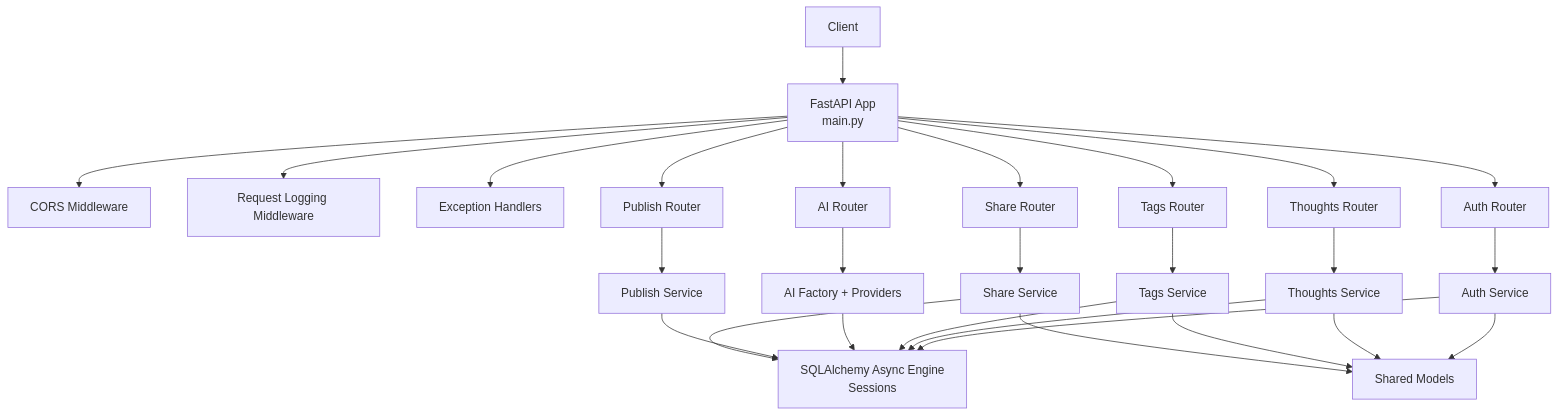
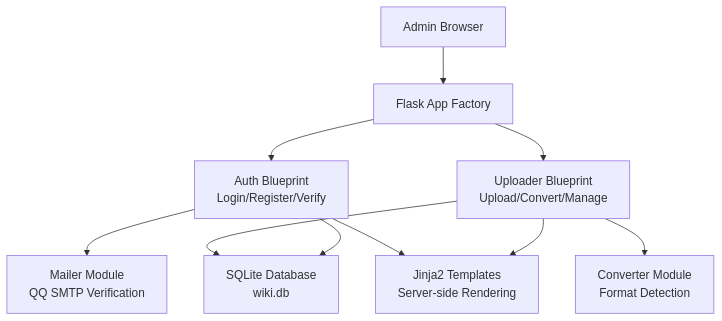
The second of 7 diagrams in .qoder/repowiki/en/content/Backend Application/Backend Application.md (PolarisW007/PolaZhenJing), drawn with Mermaid before and after one commit. The commit also changed other lines of this file and 153 other files, not shown here.

````diff
--- a/.qoder/repowiki/en/content/Backend Application/Backend Application.md
+++ b/.qoder/repowiki/en/content/Backend Application/Backend Application.md
@@ -118,48 +109,20 @@
 ```mermaid
 graph TB
-CLIENT["Client"]
-FADEP["FastAPI App<br/>main.py"]
-CORS["CORS Middleware"]
-LOGMW["Request Logging Middleware"]
-EXCH["Exception Handlers"]
-AUTH["Auth Router"]
-THOUGHTS["Thoughts Router"]
-TAGS["Tags Router"]
-AI["AI Router"]
-PUBLISH["Publish Router"]
-SHARE["Share Router"]
-SVC_AUTH["Auth Service"]
-SVC_THOUGHTS["Thoughts Service"]
-SVC_TAGS["Tags Service"]
-SVC_AI["AI Factory + Providers"]
-SVC_PUBLISH["Publish Service"]
-SVC_SHARE["Share Service"]
-DB["SQLAlchemy Async Engine<br/>Sessions"]
-MODELS["Shared Models"]
-CLIENT --> FADEP
-FADEP --> CORS
-FADEP --> LOGMW
-FADEP --> EXCH
-FADEP --> AUTH
-FADEP --> THOUGHTS
-FADEP --> TAGS
-FADEP --> AI
-FADEP --> PUBLISH
-FADEP --> SHARE
-AUTH --> SVC_AUTH
-THOUGHTS --> SVC_THOUGHTS
-TAGS --> SVC_TAGS
-AI --> SVC_AI
-PUBLISH --> SVC_PUBLISH
-SHARE --> SVC_SHARE
-SVC_AUTH --> DB
-SVC_THOUGHTS --> DB
-SVC_TAGS --> DB
-SVC_AI --> DB
-SVC_PUBLISH --> DB
-SVC_SHARE --> DB
-SVC_AUTH --> MODELS
-SVC_THOUGHTS --> MODELS
-SVC_TAGS --> MODELS
-SVC_SHARE --> MODELS
+CLIENT["Admin Browser"]
+FLASK["Flask App Factory"]
+AUTH["Auth Blueprint<br/>Login/Register/Verify"]
+UPLOAD["Uploader Blueprint<br/>Upload/Convert/Manage"]
+CONV["Converter Module<br/>Format Detection"]
+MAIL["Mailer Module<br/>QQ SMTP Verification"]
+DB["SQLite Database<br/>wiki.db"]
+TEMPLATES["Jinja2 Templates<br/>Server-side Rendering"]
+CLIENT --> FLASK
+FLASK --> AUTH
+FLASK --> UPLOAD
+AUTH --> DB
+UPLOAD --> DB
+UPLOAD --> CONV
+AUTH --> MAIL
+UPLOAD --> TEMPLATES
+AUTH --> TEMPLATES
 ```
````
